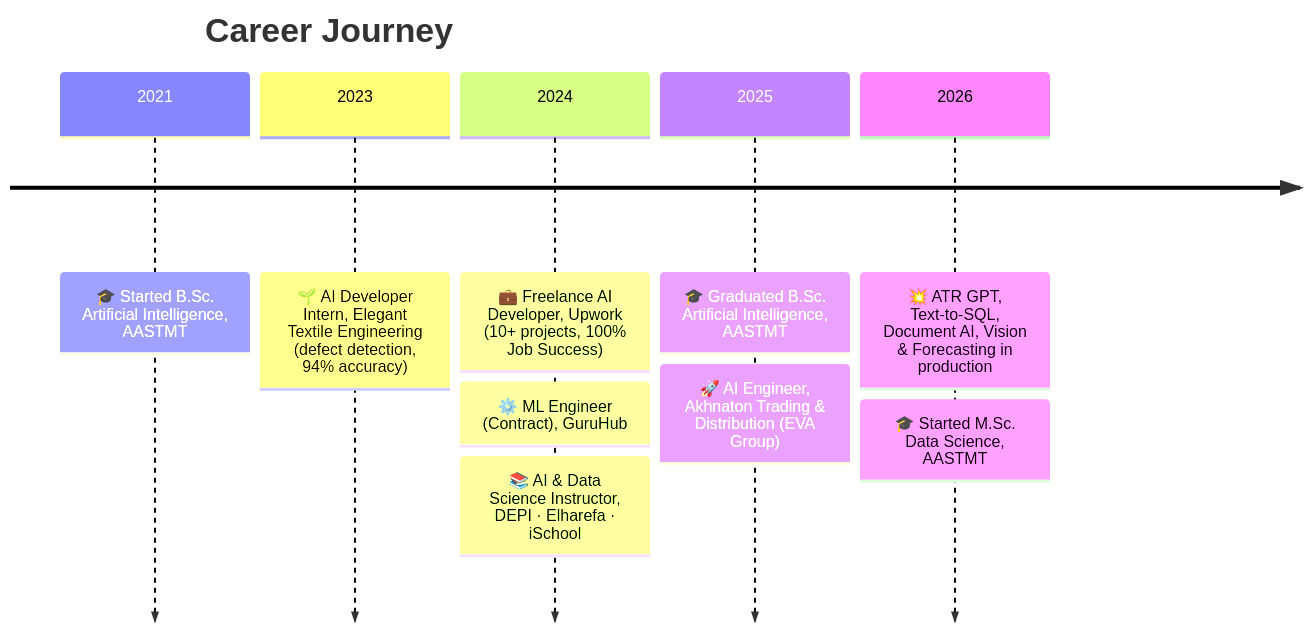
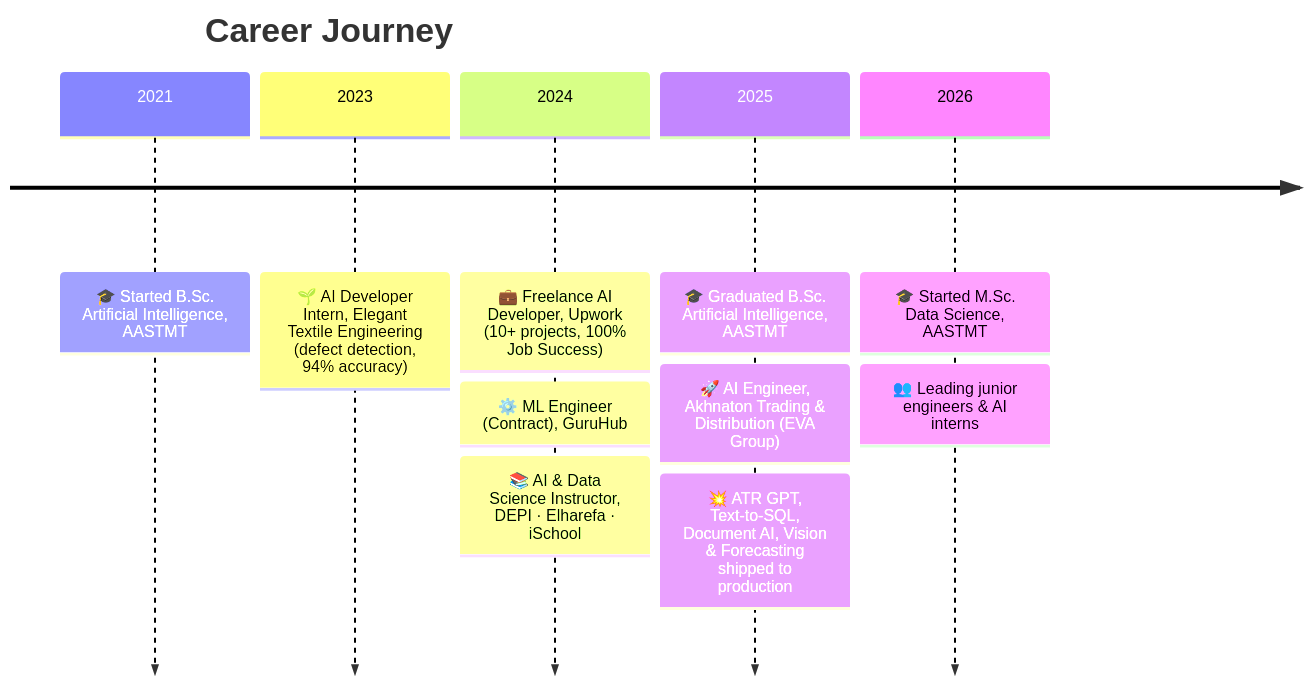
One commit to Geo-y20/Geo-y20 changed the diagram in README.md. Above: the diagram before and after it, drawn with Mermaid. The commit also changed other lines of this file, not shown here.

````diff
--- a/README.md
+++ b/README.md
@@ -89,13 +173,14 @@
 ```mermaid
 timeline
     title Career Journey
     2021 : 🎓 Started B.Sc. Artificial Intelligence, AASTMT
     2023 : 🌱 AI Developer Intern, Elegant Textile Engineering (defect detection, 94% accuracy)
     2024 : 💼 Freelance AI Developer, Upwork (10+ projects, 100% Job Success)
          : ⚙️ ML Engineer (Contract), GuruHub
          : 📚 AI & Data Science Instructor, DEPI · Elharefa · iSchool
     2025 : 🎓 Graduated B.Sc. Artificial Intelligence, AASTMT
          : 🚀 AI Engineer, Akhnaton Trading & Distribution (EVA Group)
-    2026 : 💥 ATR GPT, Text-to-SQL, Document AI, Vision & Forecasting in production
-         : 🎓 Started M.Sc. Data Science, AASTMT
+         : 💥 ATR GPT, Text-to-SQL, Document AI, Vision & Forecasting shipped to production
+    2026 : 🎓 Started M.Sc. Data Science, AASTMT
+         : 👥 Leading junior engineers & AI interns
 ```
````
